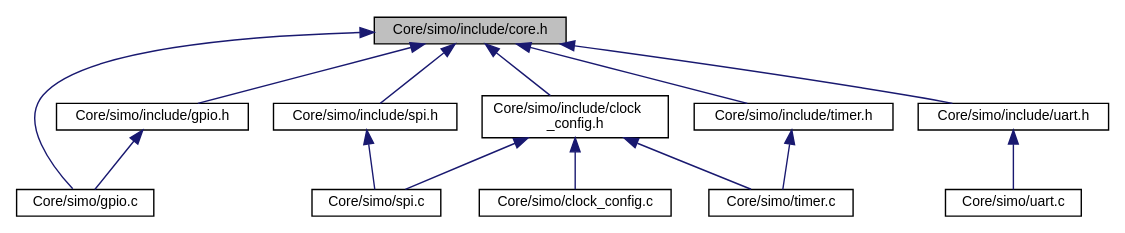
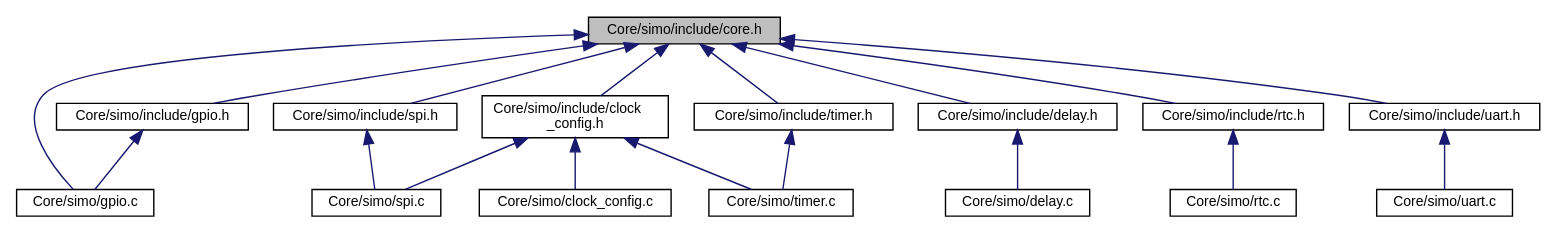
Before and after one commit to Germanvelardez2018/SIMO-STM32-framework: the diagram in docs/core_8h__dep__incl.dot, drawn with Graphviz. The commit also changed 102 other files, not shown here.

Commit message:
esqueleto de la funcion rtc

```diff
--- a/docs/core_8h__dep__incl.dot
+++ b/docs/core_8h__dep__incl.dot
@@ -1,30 +1,38 @@
 digraph "Core/simo/include/core.h"
 {
  // LATEX_PDF_SIZE
   edge [fontname="Helvetica",fontsize="10",labelfontname="Helvetica",labelfontsize="10"];
   node [fontname="Helvetica",fontsize="10",shape=record];
   Node1 [label="Core/simo/include/core.h",height=0.2,width=0.4,color="black", fillcolor="grey75", style="filled", fontcolor="black",tooltip=" "];
   Node1 -> Node2 [dir="back",color="midnightblue",fontsize="10",style="solid",fontname="Helvetica"];
   Node2 [label="Core/simo/gpio.c",height=0.2,width=0.4,color="black", fillcolor="white", style="filled",URL="$gpio_8c.html",tooltip=" "];
   Node1 -> Node3 [dir="back",color="midnightblue",fontsize="10",style="solid",fontname="Helvetica"];
   Node3 [label="Core/simo/include/clock\l_config.h",height=0.2,width=0.4,color="black", fillcolor="white", style="filled",URL="$clock__config_8h.html",tooltip=" "];
   Node3 -> Node4 [dir="back",color="midnightblue",fontsize="10",style="solid",fontname="Helvetica"];
   Node4 [label="Core/simo/clock_config.c",height=0.2,width=0.4,color="black", fillcolor="white", style="filled",URL="$clock__config_8c.html",tooltip=" "];
   Node3 -> Node5 [dir="back",color="midnightblue",fontsize="10",style="solid",fontname="Helvetica"];
   Node5 [label="Core/simo/spi.c",height=0.2,width=0.4,color="black", fillcolor="white", style="filled",URL="$spi_8c.html",tooltip="Driver para abstraer el hardware SPI."];
   Node3 -> Node6 [dir="back",color="midnightblue",fontsize="10",style="solid",fontname="Helvetica"];
   Node6 [label="Core/simo/timer.c",height=0.2,width=0.4,color="black", fillcolor="white", style="filled",URL="$timer_8c.html",tooltip=" "];
   Node1 -> Node7 [dir="back",color="midnightblue",fontsize="10",style="solid",fontname="Helvetica"];
-  Node7 [label="Core/simo/include/gpio.h",height=0.2,width=0.4,color="black", fillcolor="white", style="filled",URL="$gpio_8h.html",tooltip="Driver para abstraer el hardware GPIO del microcontrolador."];
-  Node7 -> Node2 [dir="back",color="midnightblue",fontsize="10",style="solid",fontname="Helvetica"];
-  Node1 -> Node8 [dir="back",color="midnightblue",fontsize="10",style="solid",fontname="Helvetica"];
-  Node8 [label="Core/simo/include/spi.h",height=0.2,width=0.4,color="black", fillcolor="white", style="filled",URL="$spi_8h.html",tooltip="Driver para abstraer hardware SPI."];
-  Node8 -> Node5 [dir="back",color="midnightblue",fontsize="10",style="solid",fontname="Helvetica"];
+  Node7 [label="Core/simo/include/delay.h",height=0.2,width=0.4,color="black", fillcolor="white", style="filled",URL="$delay_8h.html",tooltip="Abstraccion de funcion delay bloqueante."];
+  Node7 -> Node8 [dir="back",color="midnightblue",fontsize="10",style="solid",fontname="Helvetica"];
+  Node8 [label="Core/simo/delay.c",height=0.2,width=0.4,color="black", fillcolor="white", style="filled",URL="$delay_8c.html",tooltip=" "];
   Node1 -> Node9 [dir="back",color="midnightblue",fontsize="10",style="solid",fontname="Helvetica"];
-  Node9 [label="Core/simo/include/timer.h",height=0.2,width=0.4,color="black", fillcolor="white", style="filled",URL="$timer_8h.html",tooltip="Driver para abstraer el hardware timer."];
-  Node9 -> Node6 [dir="back",color="midnightblue",fontsize="10",style="solid",fontname="Helvetica"];
+  Node9 [label="Core/simo/include/gpio.h",height=0.2,width=0.4,color="black", fillcolor="white", style="filled",URL="$gpio_8h.html",tooltip="Driver para abstraer el hardware GPIO del microcontrolador."];
+  Node9 -> Node2 [dir="back",color="midnightblue",fontsize="10",style="solid",fontname="Helvetica"];
   Node1 -> Node10 [dir="back",color="midnightblue",fontsize="10",style="solid",fontname="Helvetica"];
-  Node10 [label="Core/simo/include/uart.h",height=0.2,width=0.4,color="black", fillcolor="white", style="filled",URL="$uart_8h.html",tooltip="Driver para abstraer el hardware UART."];
+  Node10 [label="Core/simo/include/rtc.h",height=0.2,width=0.4,color="black", fillcolor="white", style="filled",URL="$rtc_8h.html",tooltip="Abstracion para utilizar el hardware RTC."];
   Node10 -> Node11 [dir="back",color="midnightblue",fontsize="10",style="solid",fontname="Helvetica"];
-  Node11 [label="Core/simo/uart.c",height=0.2,width=0.4,color="black", fillcolor="white", style="filled",URL="$uart_8c.html",tooltip=" "];
+  Node11 [label="Core/simo/rtc.c",height=0.2,width=0.4,color="black", fillcolor="white", style="filled",URL="$rtc_8c.html",tooltip=" "];
+  Node1 -> Node12 [dir="back",color="midnightblue",fontsize="10",style="solid",fontname="Helvetica"];
+  Node12 [label="Core/simo/include/spi.h",height=0.2,width=0.4,color="black", fillcolor="white", style="filled",URL="$spi_8h.html",tooltip="Driver para abstraer hardware SPI."];
+  Node12 -> Node5 [dir="back",color="midnightblue",fontsize="10",style="solid",fontname="Helvetica"];
+  Node1 -> Node13 [dir="back",color="midnightblue",fontsize="10",style="solid",fontname="Helvetica"];
+  Node13 [label="Core/simo/include/timer.h",height=0.2,width=0.4,color="black", fillcolor="white", style="filled",URL="$timer_8h.html",tooltip="Driver para abstraer el hardware timer."];
+  Node13 -> Node6 [dir="back",color="midnightblue",fontsize="10",style="solid",fontname="Helvetica"];
+  Node1 -> Node14 [dir="back",color="midnightblue",fontsize="10",style="solid",fontname="Helvetica"];
+  Node14 [label="Core/simo/include/uart.h",height=0.2,width=0.4,color="black", fillcolor="white", style="filled",URL="$uart_8h.html",tooltip="Driver para abstraer el hardware UART."];
+  Node14 -> Node15 [dir="back",color="midnightblue",fontsize="10",style="solid",fontname="Helvetica"];
+  Node15 [label="Core/simo/uart.c",height=0.2,width=0.4,color="black", fillcolor="white", style="filled",URL="$uart_8c.html",tooltip=" "];
 }
```
